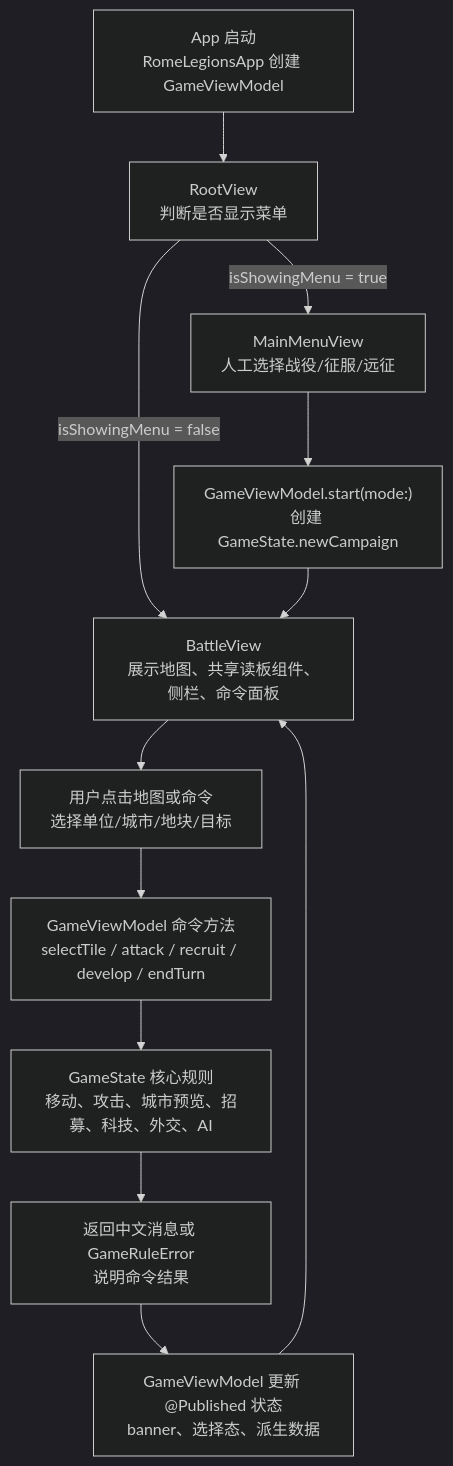
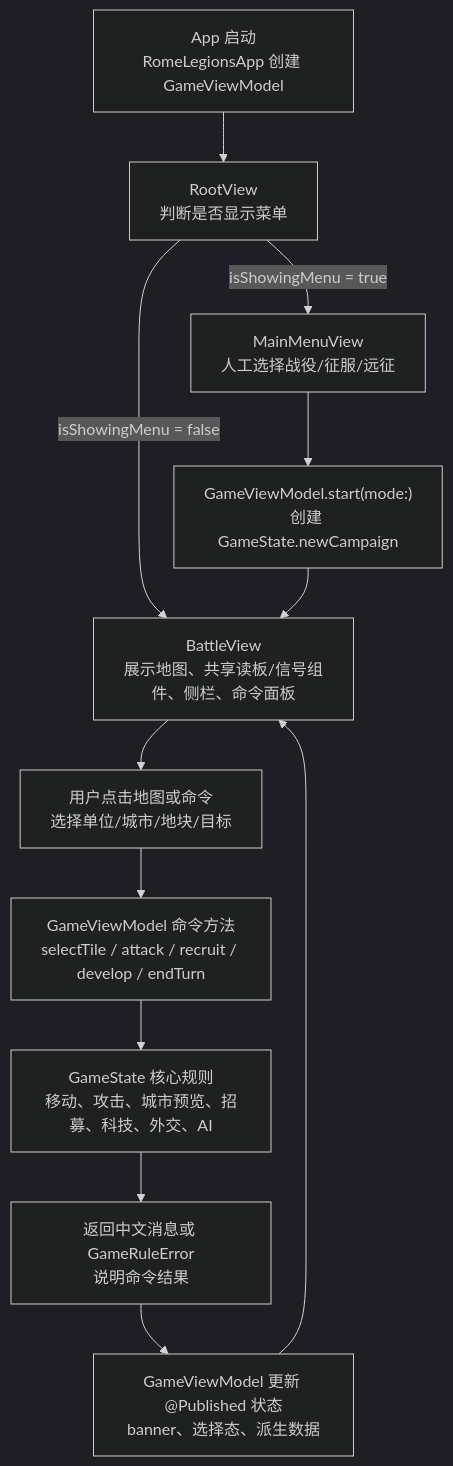
The first of 7 diagrams in md/flow/flowchart.md (Altman-sam114/119), drawn with Mermaid (dark theme) before and after one commit. The commit also changed 8 other files, not shown here.

````diff
--- a/md/flow/flowchart.md
+++ b/md/flow/flowchart.md
@@ -9,14 +9,14 @@
 ```mermaid
 flowchart TD
     A["App 启动<br/>RomeLegionsApp 创建 GameViewModel"] --> B["RootView<br/>判断是否显示菜单"]
     B -->|isShowingMenu = true| C["MainMenuView<br/>人工选择战役/征服/远征"]
     C --> D["GameViewModel.start(mode:)<br/>创建 GameState.newCampaign"]
-    B -->|isShowingMenu = false| E["BattleView<br/>展示地图、共享读板组件、侧栏、命令面板"]
+    B -->|isShowingMenu = false| E["BattleView<br/>展示地图、共享读板/信号组件、侧栏、命令面板"]
     D --> E
     E --> F["用户点击地图或命令<br/>选择单位/城市/地块/目标"]
     F --> G["GameViewModel 命令方法<br/>selectTile / attack / recruit / develop / endTurn"]
     G --> H["GameState 核心规则<br/>移动、攻击、城市预览、招募、科技、外交、AI"]
     H --> I["返回中文消息或 GameRuleError<br/>说明命令结果"]
     I --> J["GameViewModel 更新 @Published 状态<br/>banner、选择态、派生数据"]
     J --> E
 ```
````
